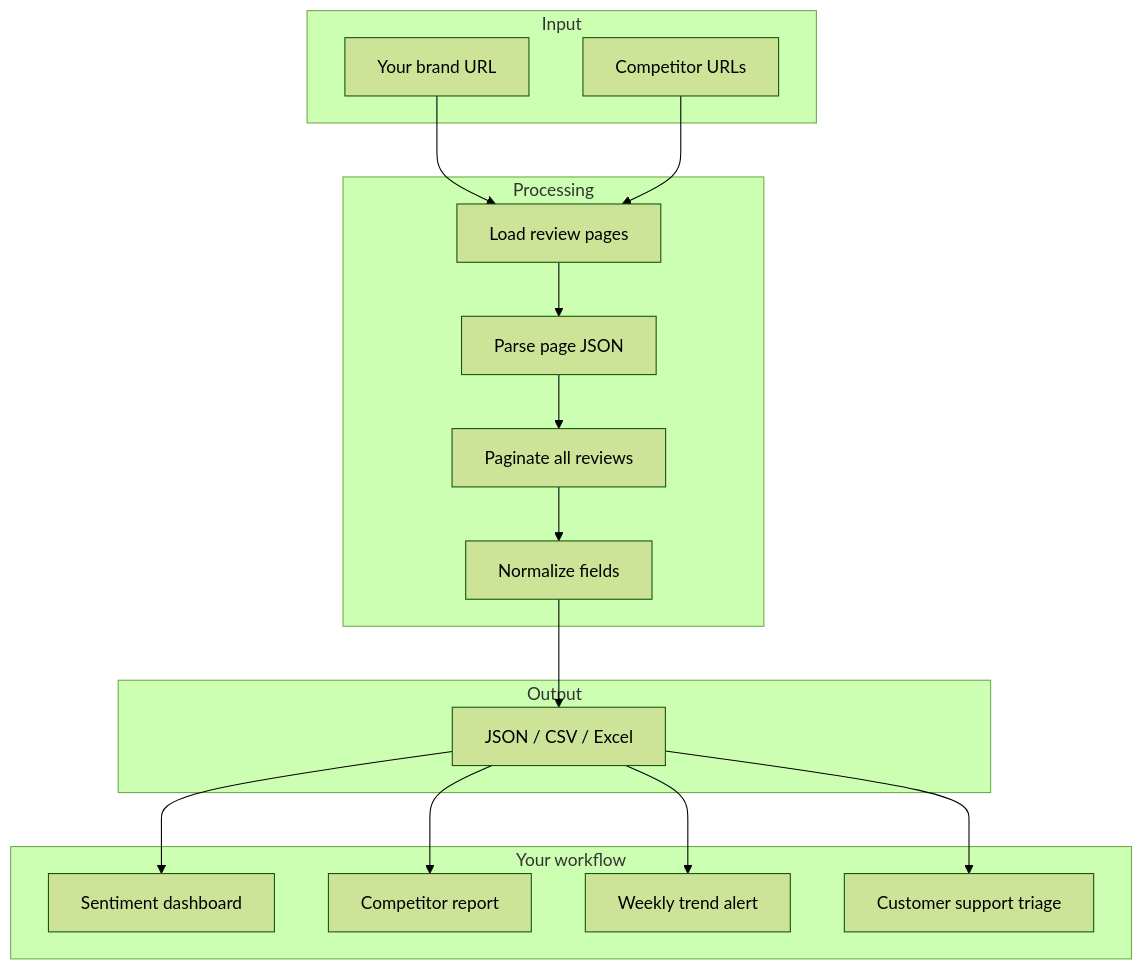
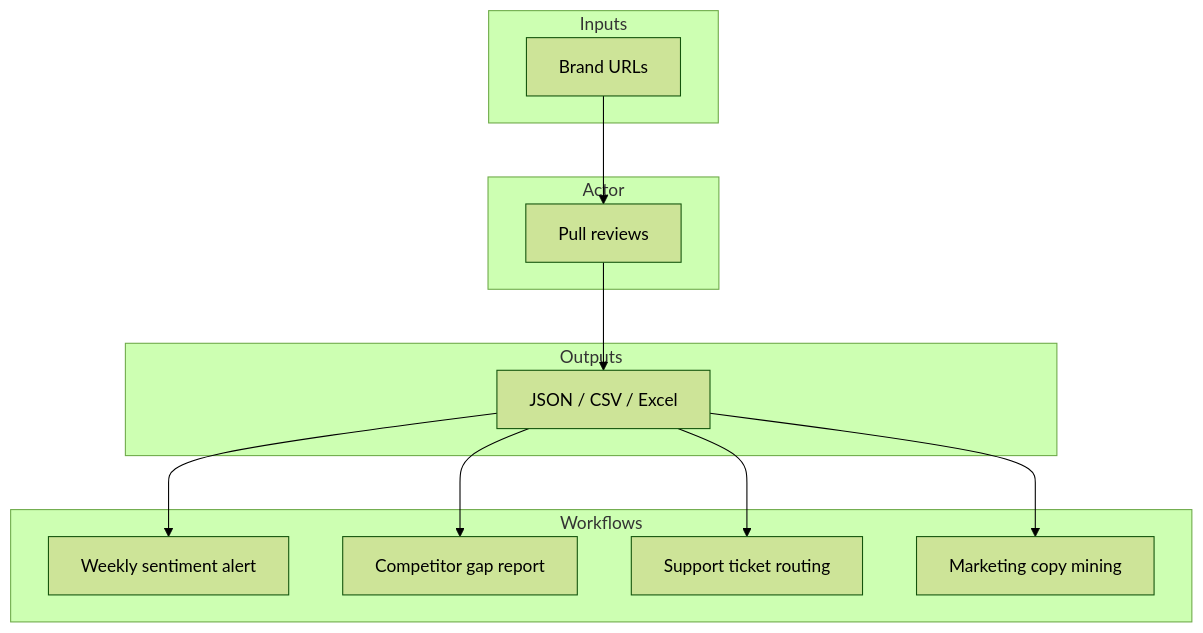
Before and after one commit to Ken-Mutisya/scrapemint: the fifth of 6 diagrams in actors/trustpilot-brand-reputation/README.md, drawn with Mermaid (forest theme). The commit also changed other lines of this file, not shown here.

First line of the commit message:
Rewrite Trustpilot README for SEO with use case diagrams

````diff
--- a/actors/trustpilot-brand-reputation/README.md
+++ b/actors/trustpilot-brand-reputation/README.md
@@ -150,29 +165,23 @@
 ```mermaid
 flowchart TD
-    subgraph Input
-        A[Your brand URL]
-        B[Competitor URLs]
+    subgraph Inputs
+        A[Brand URLs]
     end
-    subgraph Processing
-        C[Load review pages]
-        D[Parse page JSON]
-        E[Paginate all reviews]
-        F[Normalize fields]
+    subgraph Actor
+        B[Pull reviews]
     end
-    subgraph Output
-        G[JSON / CSV / Excel]
+    subgraph Outputs
+        C[JSON / CSV / Excel]
     end
-    subgraph Your workflow
-        H[Sentiment dashboard]
-        I[Competitor report]
-        J[Weekly trend alert]
-        K[Customer support triage]
+    subgraph Workflows
+        D[Weekly sentiment alert]
+        E[Competitor gap report]
+        F[Support ticket routing]
+        G[Marketing copy mining]
     end
-    A --> C
-    B --> C
-    C --> D --> E --> F --> G
-    G --> H
-    G --> I
-    G --> J
-    G --> K
+    A --> B --> C
+    C --> D
+    C --> E
+    C --> F
+    C --> G
 ```
````
